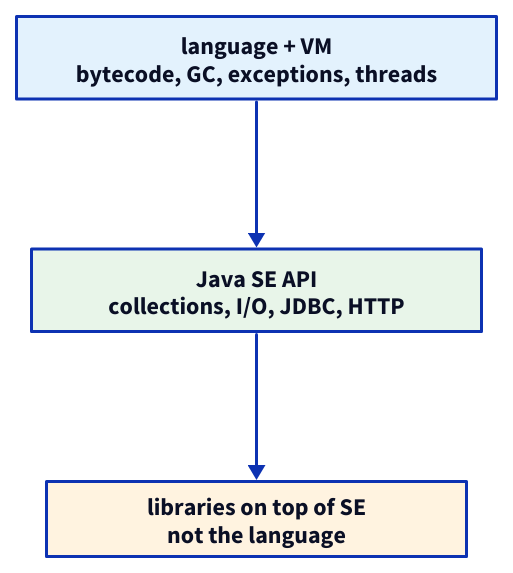
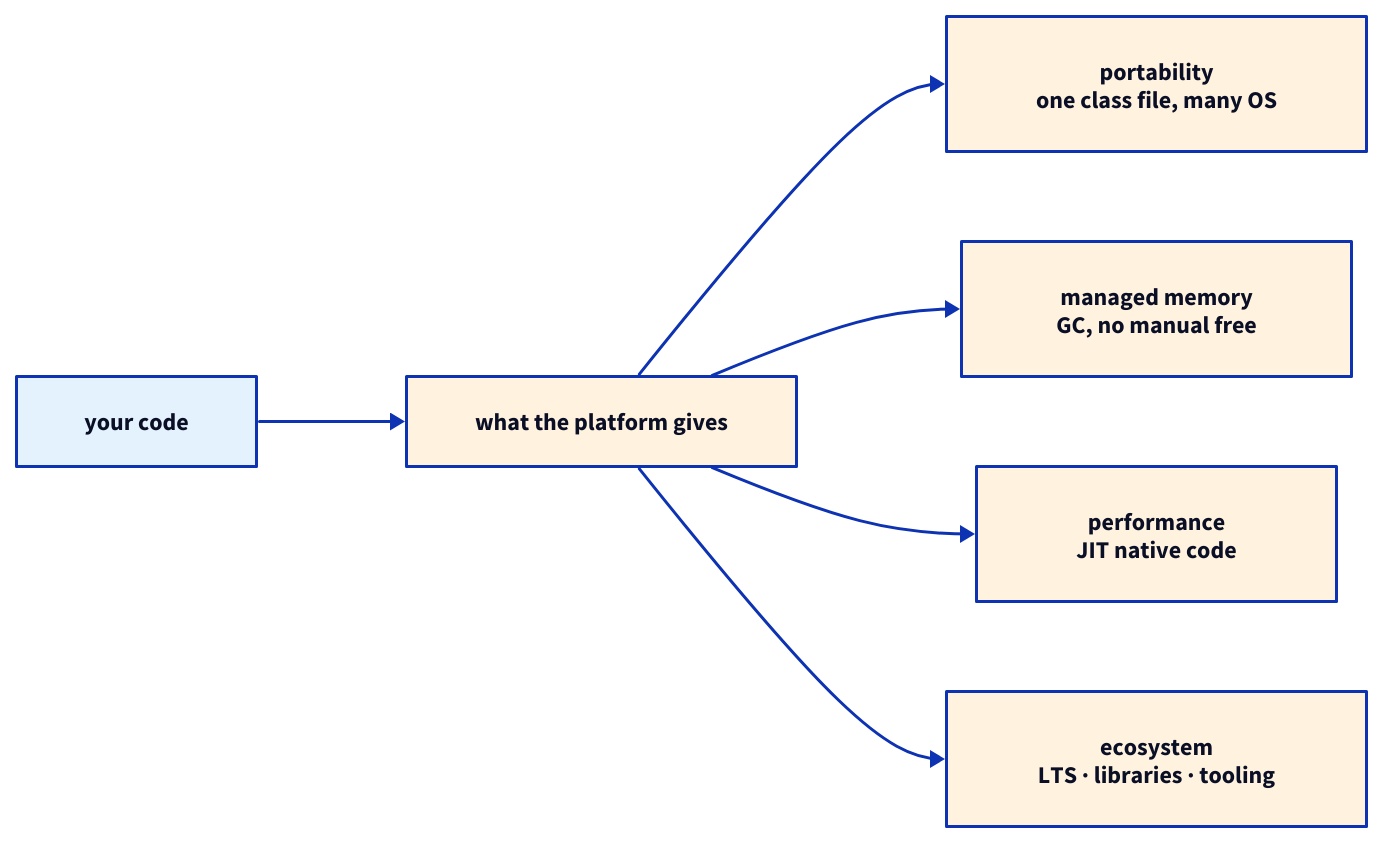
One commit to LogicAdept/SRS-Obsidian changed the diagram in SRS/Why should you use Java.md. Above: the diagram before and after it, drawn with D2. The commit also changed other lines of this file and 1 other file, not shown here.

Commit message:
Use origin fills for What is Java and Why should you use Java.

````diff
--- a/SRS/Why should you use Java.md
+++ b/SRS/Why should you use Java.md
@@ -26,20 +16,38 @@
 ```d2
-direction: down
-lang: "language + VM\nbytecode, GC, exceptions, threads" {
-  width: 320
-  height: 55
+direction: right
+code: "your code" {
+  width: 160
+  height: 60
   style.fill: "#e3f2fd"
 }
-se: "Java SE API\ncollections, I/O, JDBC, HTTP" {
-  width: 300
-  height: 55
-  style.fill: "#e8f5e9"
-}
-eco: "libraries on top of SE\nnot the language" {
-  width: 280
-  height: 50
+pillars: "what the platform gives" {
+  width: 260
+  height: 60
   style.fill: "#fff3e0"
 }
-lang -> se
-se -> eco
+port: "portability\none class file, many OS" {
+  width: 280
+  height: 90
+  style.fill: "#fff3e0"
+}
+mem: "managed memory\nGC, no manual free" {
+  width: 260
+  height: 90
+  style.fill: "#fff3e0"
+}
+perf: "performance\nJIT native code" {
+  width: 240
+  height: 90
+  style.fill: "#fff3e0"
+}
+eco: "ecosystem\nLTS · libraries · tooling" {
+  width: 280
+  height: 90
+  style.fill: "#fff3e0"
+}
+code -> pillars
+pillars -> port
+pillars -> mem
+pillars -> perf
+pillars -> eco
 ```
````
